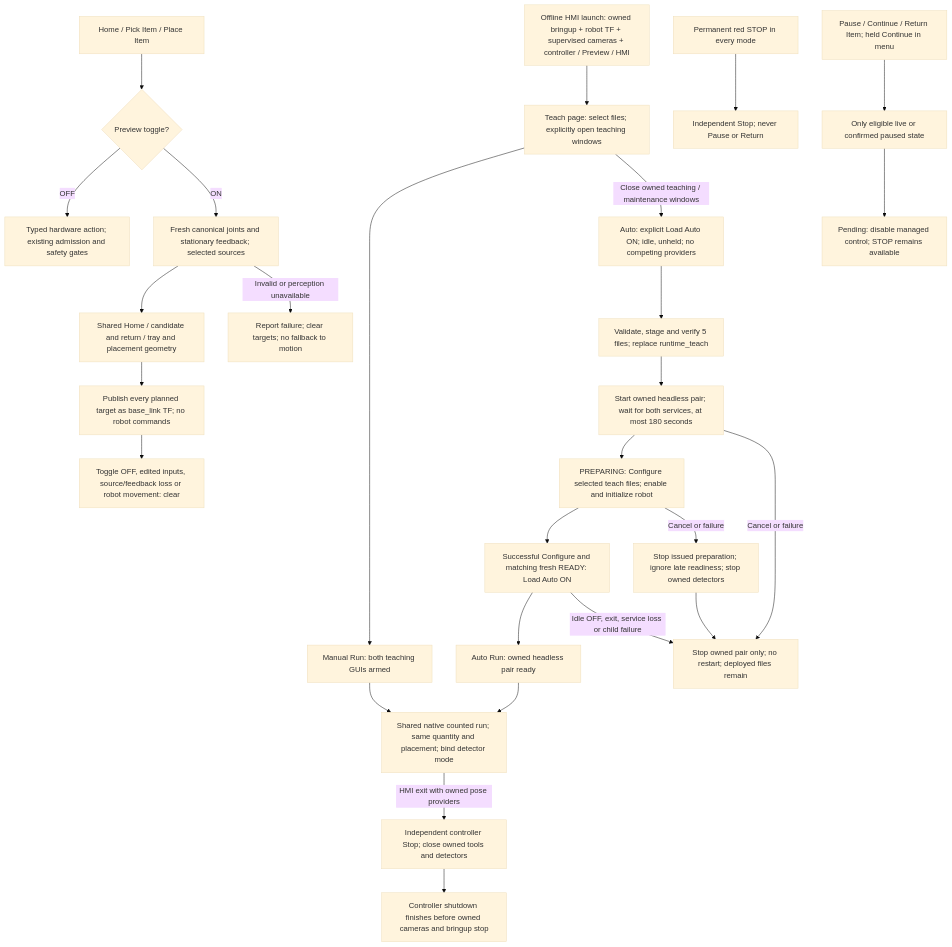
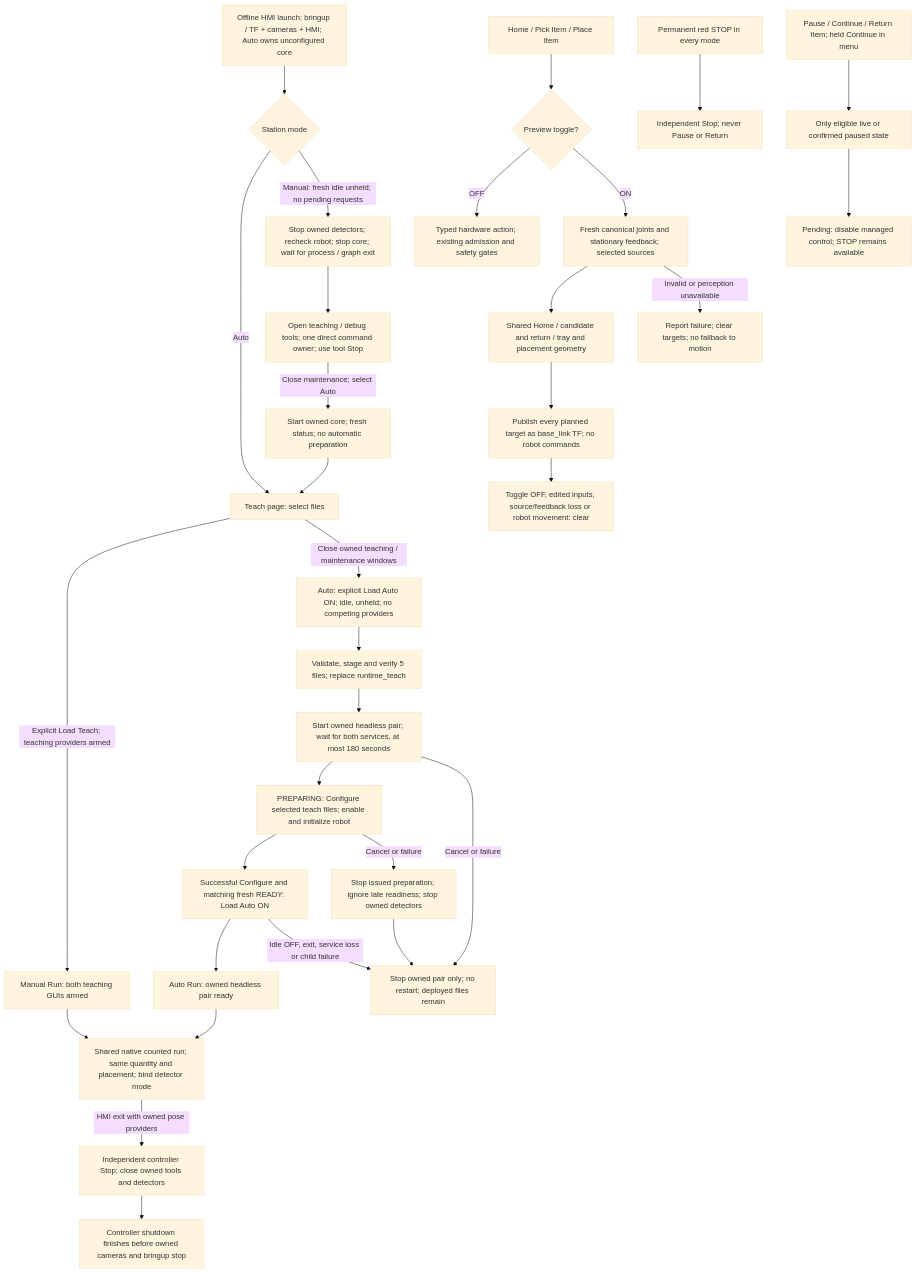
One commit to esgange/dobot_picknplace_yolo changed the first of 9 diagrams in docs/ROBOT_CONTROLLER_FSM.md. Above: the diagram before and after it, drawn with Mermaid (base theme). The commit also changed other lines of this file and 17 other files, not shown here.

Commit message:
Add Manual and Auto ownership modes to the station HMI

````diff
--- a/docs/ROBOT_CONTROLLER_FSM.md
+++ b/docs/ROBOT_CONTROLLER_FSM.md
@@ -980,29 +1009,34 @@
 ```mermaid
 flowchart TD
-    Launch["Offline HMI launch: owned bringup + robot TF + supervised cameras + controller / Preview / HMI"] --> TeachPage
-    TeachPage["Teach page: select files; explicitly open teaching windows"] --> Manual
+    Launch["Offline HMI launch: bringup / TF + cameras + HMI; Auto owns unconfigured core"] --> StationMode{"Station mode"}
+    StationMode -->|Auto| TeachPage
+    StationMode -->|Manual: fresh idle unheld; no pending requests| ReleaseCore["Stop owned detectors; recheck robot; stop core; wait for process / graph exit"]
+    ReleaseCore --> Tools["Open teaching / debug tools; one direct command owner; use tool Stop"]
+    Tools -->|Close maintenance; select Auto| RestoreCore["Start owned core; fresh status; no automatic preparation"]
+    RestoreCore --> TeachPage
+    TeachPage["Teach page: select files"] -->|Explicit Load Teach; teaching providers armed| Manual
     TeachPage -->|Close owned teaching / maintenance windows| Deploy["Auto: explicit Load Auto ON; idle, unheld; no competing providers"]
     Deploy --> Copy["Validate, stage and verify 5 files; replace runtime_teach"]
     Copy --> Detect["Start owned headless pair; wait for both services, at most 180 seconds"]
     Detect --> Prepare["PREPARING: Configure selected teach files; enable and initialize robot"]
     Prepare --> Loaded["Successful Configure and matching fresh READY: Load Auto ON"]
     Loaded --> Auto["Auto Run: owned headless pair ready"]
     Manual["Manual Run: both teaching GUIs armed"] --> Run["Shared native counted run; same quantity and placement; bind detector mode"]
     Auto --> Run
     Run -->|HMI exit with owned pose providers| HmiExit["Independent controller Stop; close owned tools and detectors"]
     HmiExit --> StationExit["Controller shutdown finishes before owned cameras and bringup stop"]
     Loaded -->|Idle OFF, exit, service loss or child failure| End["Stop owned pair only; no restart; deployed files remain"]
     Detect -->|Cancel or failure| End
     Prepare -->|Cancel or failure| CancelPrepare["Stop issued preparation; ignore late readiness; stop owned detectors"]
     CancelPrepare --> End
     Buttons["Home / Pick Item / Place Item"] --> Mode{"Preview toggle?"}
     Mode -->|OFF| Action["Typed hardware action; existing admission and safety gates"]
     Mode -->|ON| Inputs["Fresh canonical joints and stationary feedback; selected sources"]
     Inputs --> Plan["Shared Home / candidate and return / tray and placement geometry"]
     Plan --> TF["Publish every planned target as base_link TF; no robot commands"]
     TF --> Clear["Toggle OFF, edited inputs, source/feedback loss or robot movement: clear"]
     Inputs -->|Invalid or perception unavailable| Failed["Report failure; clear targets; no fallback to motion"]
     Stop["Permanent red STOP in every mode"] --> Direct["Independent Stop; never Pause or Return"]
     Managed["Pause / Continue / Return Item; held Continue in menu"] --> Guard["Only eligible live or confirmed paused state"]
     Guard --> Pending["Pending: disable managed control; STOP remains available"]
 ```
````
